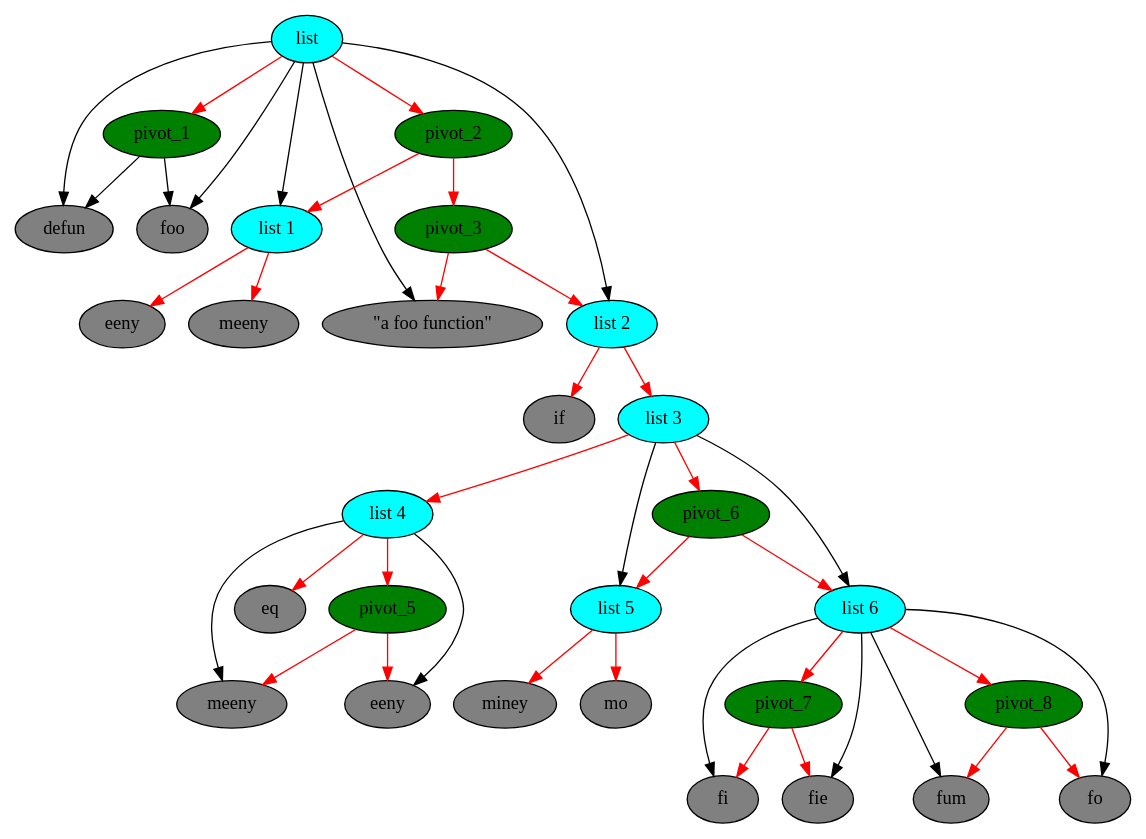
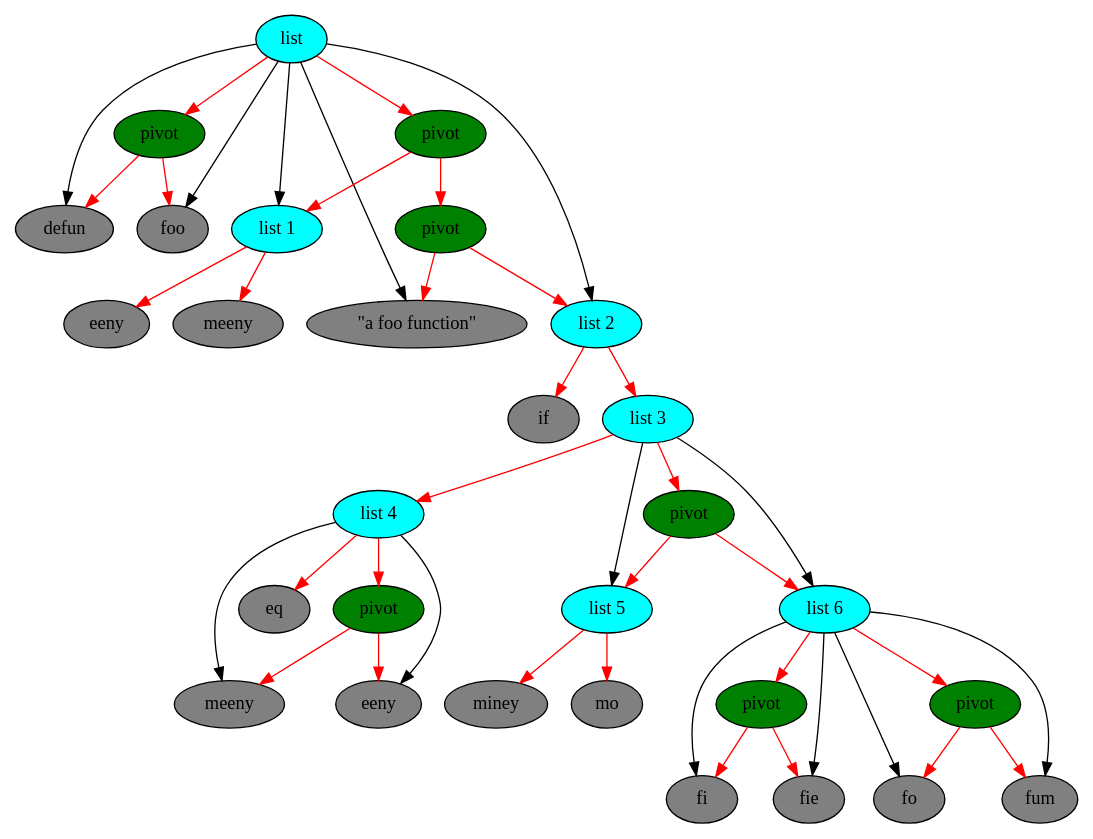
Before and after one commit to mnemnion/porch: the second of 2 diagrams in quipu.org, drawn with Graphviz. The commit also changed other lines of this file, not shown here.

Commit message:
prose tighten

```diff
--- a/quipu.org
+++ b/quipu.org
@@ -206,79 +203,79 @@
 #+begin_src dot :file images/node-pivot-leaf.png  :exports results :cache yes
    digraph G {
   list [label = "list", style = filled, fillcolor = cyan]
-  pivot_1 [style = filled, fillcolor = green]
+  pivot_1 [label = "pivot", style = filled, fillcolor = green]
   node_1 [label = "defun", style = filled, fillcolor = gray]
   foo_node [label = "foo", style = filled, fillcolor = gray]
-  pivot_2 [style = filled, fillcolor = green]
+  pivot_2 [label = "pivot", style = filled, fillcolor = green]
   list_1 [label = "list 1", style = filled, fillcolor = cyan]
-  pivot_3 [style = filled, fillcolor = green]
+  pivot_3 [label = "pivot", style = filled, fillcolor = green]
   node_4 [label = "\"a foo function\"", style = filled, fillcolor = gray]
   list_2 [label = "list 2", style = filled, fillcolor = cyan]
   node_5 [label = "if", style = filled, fillcolor = gray]
   list_3 [label = "list 3", style = filled, fillcolor = cyan]
   list_4 [label = "list 4", style = filled, fillcolor = cyan]
   node_2 [label = "eeny", style = filled, fillcolor = gray]
   node_3 [label = "meeny", style = filled, fillcolor = gray]
   list_5 [label = "list 5", style = filled, fillcolor = cyan]
   list_6 [label = "list 6", style = filled, fillcolor = cyan]
-   pivot_5 [style = filled, fillcolor = green]
+   pivot_5 [label = "pivot", style = filled, fillcolor = green]
   node_6 [label = "eq", style = filled, fillcolor = gray]
 
   node_7 [label = "eeny", style = filled, fillcolor = gray]
   node_8 [label = "meeny", style = filled, fillcolor = gray]
   node_9 [label = "miney", style = filled, fillcolor = gray]
   node_10 [label = "mo", style = filled, fillcolor = gray]
-  pivot_6 [style = filled, fillcolor = green]
-  node_11 [label = "fo", style = filled, fillcolor = gray]
-  node_12 [label = "fum", style = filled, fillcolor = gray]
+  pivot_6 [label = "pivot", style = filled, fillcolor = green]
+  node_11 [label = "fum", style = filled, fillcolor = gray]
+  node_12 [label = "fo", style = filled, fillcolor = gray]
   node_13 [label = "fi", style = filled, fillcolor = gray]
   node_14 [label = "fie", style = filled, fillcolor = gray]
-  pivot_7 [label = "pivot_8", style = filled, fillcolor = green]
-  pivot_8 [label = "pivot_7"style = filled, fillcolor = green]
+  pivot_7 [label = "pivot", style = filled, fillcolor = green]
+  pivot_8 [label = "pivot", style = filled, fillcolor = green]
 
     list -> pivot_1 [color = red]
     list -> node_1
     list -> foo_node
-       pivot_1 -> node_1
-       pivot_1 -> foo_node
+       pivot_1 -> node_1 [color = red]
+       pivot_1 -> foo_node [color = red]
     list -> pivot_2 [color = red]
      pivot_2 -> list_1 [color = red]
      list -> list_1
      list_1 -> node_2  [color = red]
      list_1 -> node_3   [color = red]
      pivot_2 -> pivot_3 [color = red]
      pivot_3 -> node_4  [color = red]
      pivot_3 -> list_2  [color = red]
      list -> node_4
      list -> list_2
      list_2 -> node_5    [color = red]
      list_2 -> list_3   [color = red]
      list_3 -> list_4   [color = red]
      list_4 -> node_6   [color = red]
      list_4 -> node_7
      list_4 -> node_8
      list_4 -> pivot_5   [color = red]
      pivot_5 -> node_7   [color = red]
      pivot_5 -> node_8   [color = red]
      list_3 -> list_5
      list_3 -> pivot_6    [color = red]
      pivot_6 -> list_5    [color = red]
      pivot_6 -> list_6    [color = red]
      list_5 -> node_9    [color = red]
      list_5 -> node_10   [color = red]
      list_3 -> list_6
      list_6 -> node_11
      list_6 -> node_12
      list_6 -> pivot_7      [color = red]
      pivot_7 -> node_11     [color = red]
      pivot_7 -> node_12     [color = red]
      list_6 -> pivot_8      [color = red]
      list_6 -> node_13
      list_6 -> node_14
 
 
 
      pivot_8 -> node_13     [color = red]
      pivot_8 -> node_14     [color = red]
   }
 #+end_src
```
